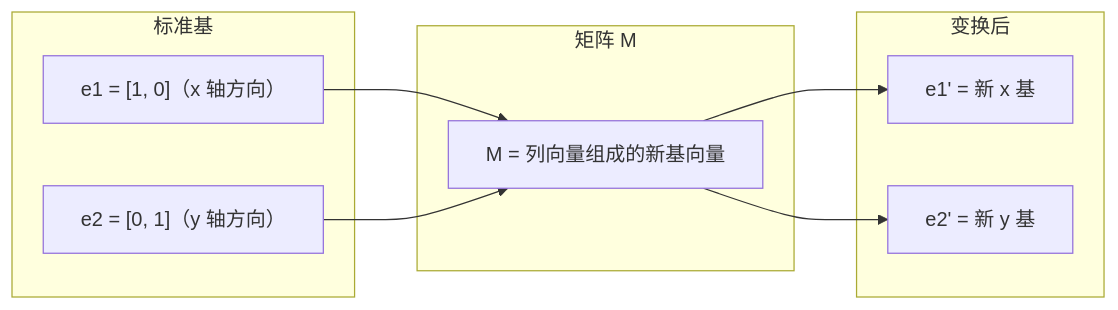
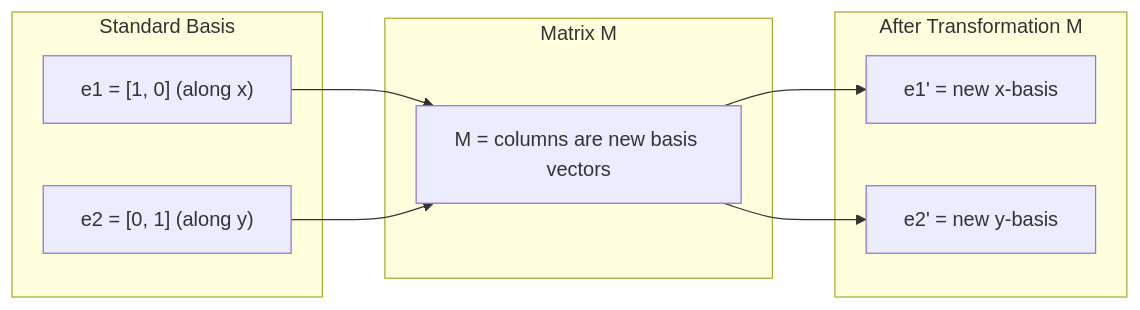
Before and after one commit to omigaZen/ai-engineering-from-scratch: the first of 7 diagrams in phases/01-math-foundations/03-matrix-transformations/docs/zh.md, drawn with Mermaid. The commit also changed other lines of this file and 32 other files, not shown here.

````diff
--- a/phases/01-math-foundations/03-matrix-transformations/docs/zh.md
+++ b/phases/01-math-foundations/03-matrix-transformations/docs/zh.md
@@ -29,16 +29,16 @@
 ```mermaid
 graph LR
-    subgraph Before["标准基"]
-        e1["e1 = [1, 0]（x 轴方向）"]
-        e2["e2 = [0, 1]（y 轴方向）"]
+    subgraph Before["Standard Basis"]
+        e1["e1 = [1, 0] (along x)"]
+        e2["e2 = [0, 1] (along y)"]
     end
-    subgraph Transform["矩阵 M"]
-        M["M = 列向量组成的新基向量"]
+    subgraph Transform["Matrix M"]
+        M["M = columns are new basis vectors"]
     end
-    subgraph After["变换后"]
-        e1p["e1' = 新 x 基"]
-        e2p["e2' = 新 y 基"]
+    subgraph After["After Transformation M"]
+        e1p["e1' = new x-basis"]
+        e2p["e2' = new y-basis"]
     end
     e1 --> M --> e1p
     e2 --> M --> e2p
 ```
````
